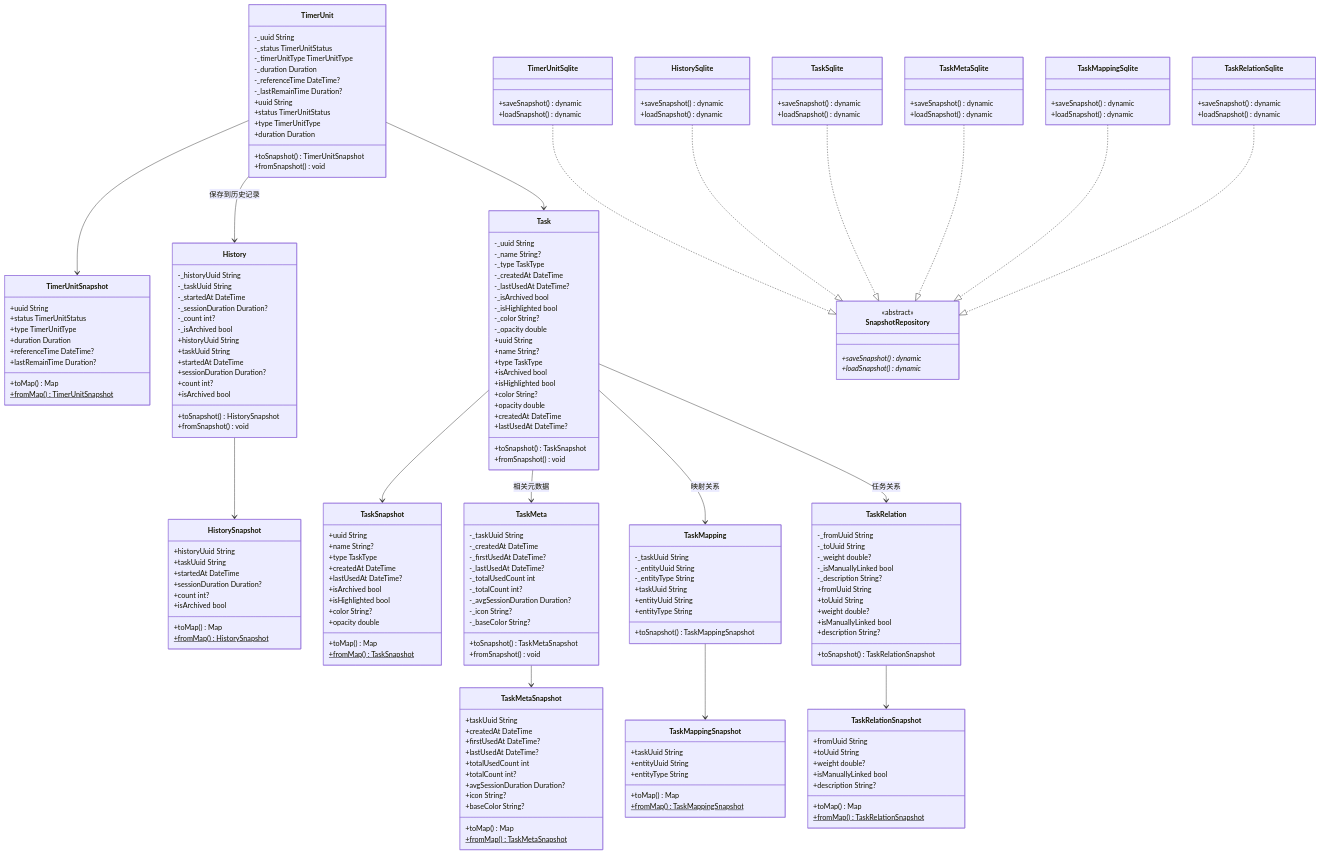
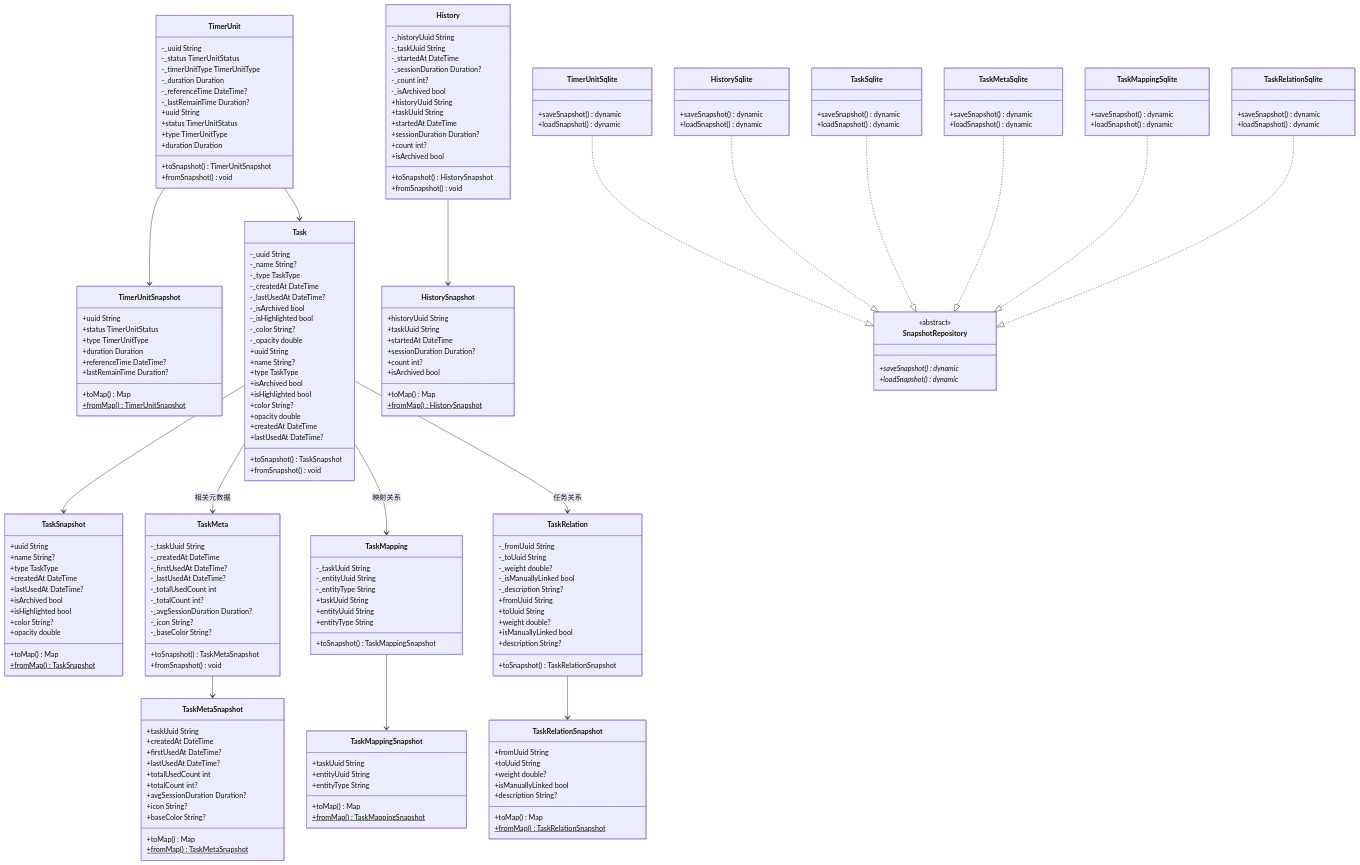
One commit to Weichky/Existimer changed the first of 4 diagrams in design/how_to_save_history.md. Above: the diagram before and after it, drawn with Mermaid. The commit also changed other lines of this file and 1 other file, not shown here.

First line of the commit message:
design: Make sure how to save history.

```diff
--- a/design/how_to_save_history.md
+++ b/design/how_to_save_history.md
@@ -220,7 +220,6 @@
     TaskMappingSqlite ..|> SnapshotRepository
     TaskRelationSqlite ..|> SnapshotRepository
     
-    TimerUnit --> History : 保存到历史记录
     Task --> TaskMeta : 相关元数据
     Task --> TaskMapping : 映射关系
     Task --> TaskRelation : 任务关系
```
